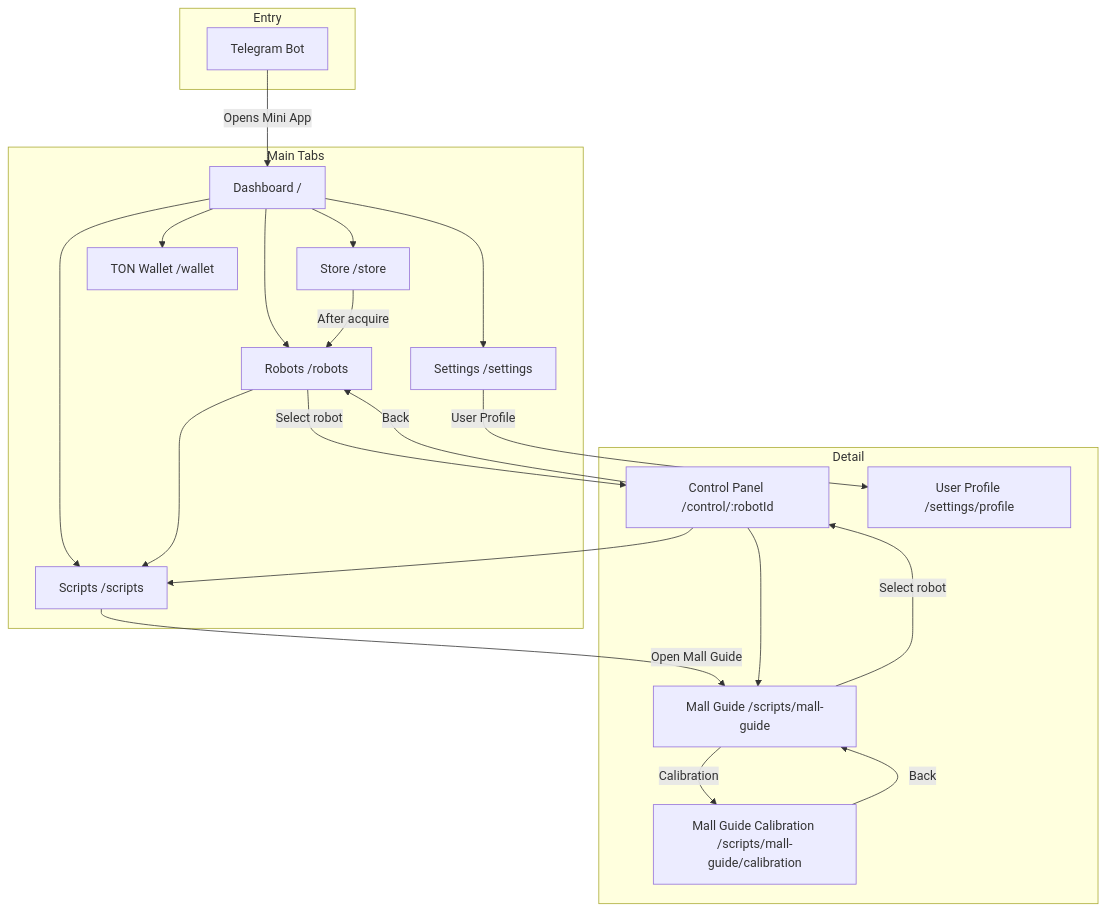
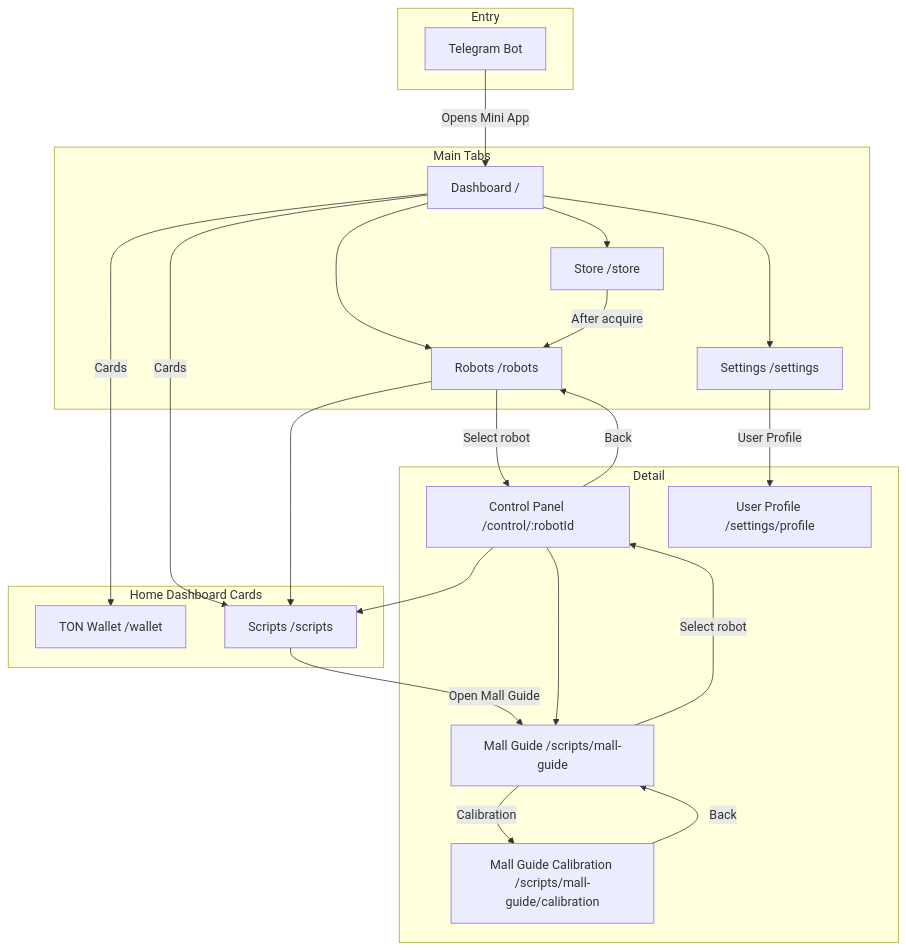
Before and after one commit to Saitosar/sai-aurosy-telegram-mini-app: the first of 2 diagrams in docs/ux/screen-map.md, drawn with Mermaid. The commit also changed other lines of this file and 10 other files, not shown here.

````diff
--- a/docs/ux/screen-map.md
+++ b/docs/ux/screen-map.md
@@ -30,40 +30,43 @@
 ```mermaid
 flowchart TB
     subgraph Entry [Entry]
         TelegramBot[Telegram Bot]
     end
 
     subgraph MainTabs [Main Tabs]
         Dashboard[Dashboard /]
         Robots[Robots /robots]
         Store[Store /store]
+        Settings[Settings /settings]
+    end
+
+    subgraph HomeCards [Home Dashboard Cards]
         Wallet[TON Wallet /wallet]
         Scripts[Scripts /scripts]
-        Settings[Settings /settings]
     end
 
     subgraph Detail [Detail]
         ControlPanel[Control Panel /control/:robotId]
         MallGuide[Mall Guide /scripts/mall-guide]
         MallGuideCal[Mall Guide Calibration /scripts/mall-guide/calibration]
         UserProfile[User Profile /settings/profile]
     end
 
     TelegramBot -->|"Opens Mini App"| Dashboard
     Dashboard --> Robots
     Dashboard --> Store
-    Dashboard --> Wallet
-    Dashboard --> Scripts
     Dashboard --> Settings
+    Dashboard -->|"Cards"| Wallet
+    Dashboard -->|"Cards"| Scripts
     Settings -->|"User Profile"| UserProfile
     Robots -->|"Select robot"| ControlPanel
     Robots --> Scripts
     Store -->|"After acquire"| Robots
     Scripts -->|"Open Mall Guide"| MallGuide
     MallGuide -->|"Calibration"| MallGuideCal
     MallGuideCal -->|"Back"| MallGuide
     MallGuide -->|"Select robot"| ControlPanel
     ControlPanel -->|"Back"| Robots
     ControlPanel --> Scripts
     ControlPanel --> MallGuide
 ```
````
